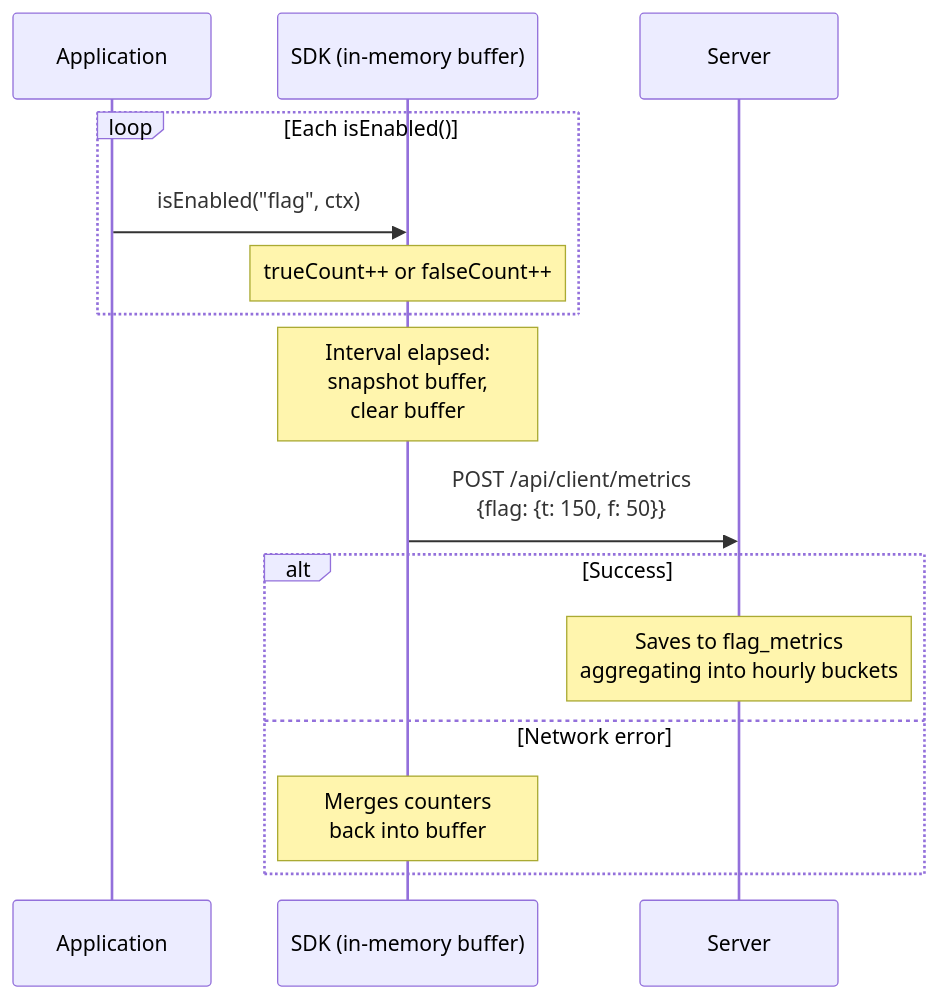
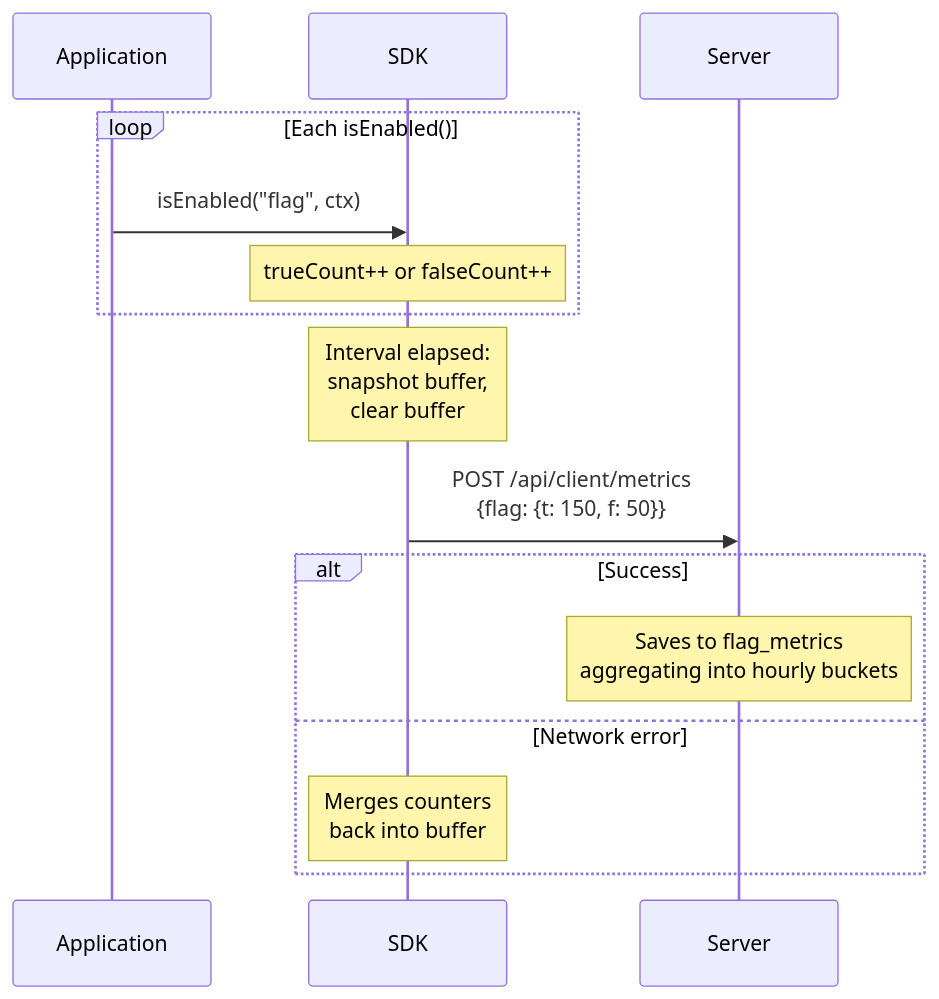
One commit to edgar-dev20/mozhno changed the diagram in docs/en/guide/metrics.md. Above: the diagram before and after it, drawn with Mermaid. The commit also changed other lines of this file and 3 other files, not shown here.

````diff
--- a/docs/en/guide/metrics.md
+++ b/docs/en/guide/metrics.md
@@ -9,21 +9,21 @@
 ```mermaid
 sequenceDiagram
     participant App as Application
-    participant SDK as SDK (in-memory buffer)
+    participant SDK as SDK
     participant Server
 
     loop Each isEnabled()
         App->>SDK: isEnabled("flag", ctx)
         Note over SDK: trueCount++ or falseCount++
     end
 
     Note over SDK: Interval elapsed:<br/>snapshot buffer,<br/>clear buffer
 
     SDK->>Server: POST /api/client/metrics<br/>{flag: {t: 150, f: 50}}
 
     alt Success
         Note over Server: Saves to flag_metrics<br/>aggregating into hourly buckets
     else Network error
         Note over SDK: Merges counters<br/>back into buffer
     end
 ```
````
